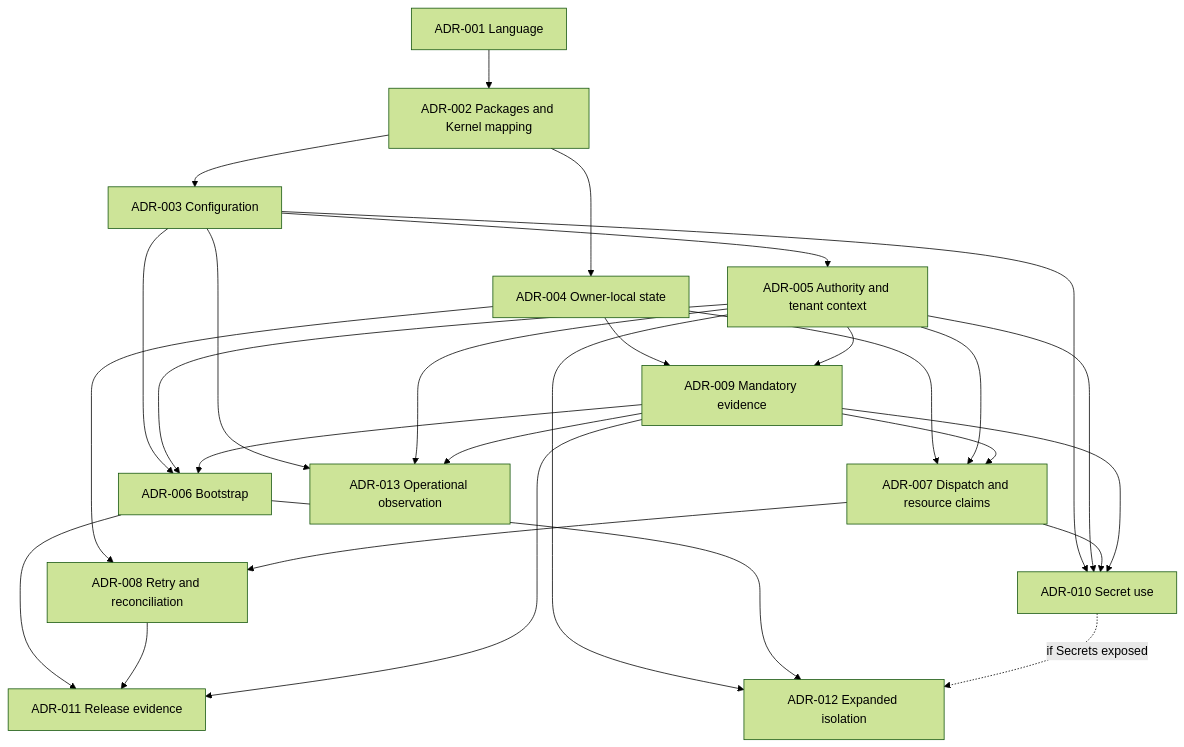
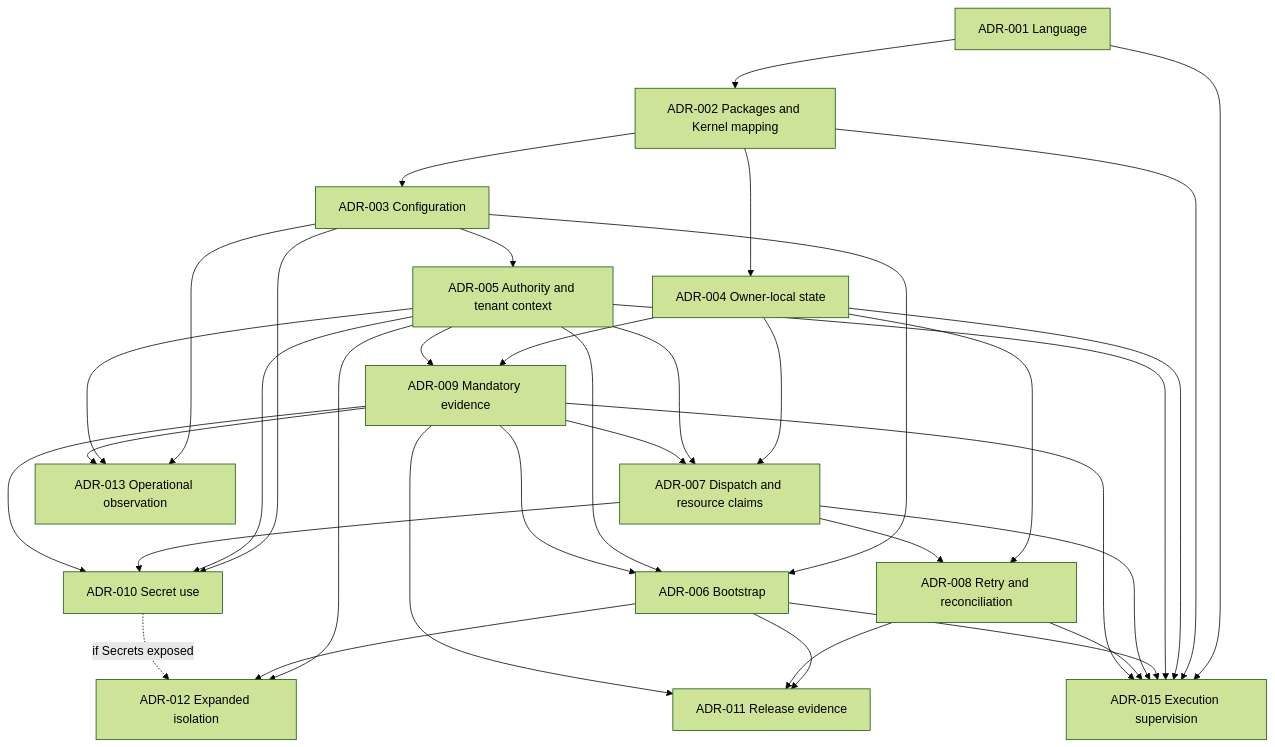
One commit to nishanthrjn/init-Lego-AI-Operating-Layer changed the diagram in adrs/ADR-INDEX.md. Above: the diagram before and after it, drawn with Mermaid (forest theme). The commit also changed other lines of this file and 1 other file, not shown here.

Commit message:
ADR-015 added to index and accepted

````diff
--- a/adrs/ADR-INDEX.md
+++ b/adrs/ADR-INDEX.md
@@ -291,30 +304,38 @@
 ```mermaid
 flowchart TD
   A1[ADR-001 Language] --> A2[ADR-002 Packages and Kernel mapping]
   A2 --> A3[ADR-003 Configuration]
   A2 --> A4[ADR-004 Owner-local state]
   A3 --> A5[ADR-005 Authority and tenant context]
   A4 --> A9[ADR-009 Mandatory evidence]
   A5 --> A9
   A3 --> A6[ADR-006 Bootstrap]
   A5 --> A6
   A9 --> A6
   A4 --> A7[ADR-007 Dispatch and resource claims]
   A5 --> A7
   A9 --> A7
   A4 --> A8[ADR-008 Retry and reconciliation]
   A7 --> A8
   A3 --> A10[ADR-010 Secret use]
   A5 --> A10
   A7 --> A10
   A9 --> A10
   A6 --> A11[ADR-011 Release evidence]
   A8 --> A11
   A9 --> A11
   A5 --> A12[ADR-012 Expanded isolation]
   A6 --> A12
   A10 -. if Secrets exposed .-> A12
   A3 --> A13[ADR-013 Operational observation]
   A5 --> A13
   A9 --> A13
+  A1 --> A15[ADR-015 Execution supervision]
+  A2 --> A15
+  A4 --> A15
+  A5 --> A15
+  A6 --> A15
+  A7 --> A15
+  A8 --> A15
+  A9 --> A15
 ```
````
